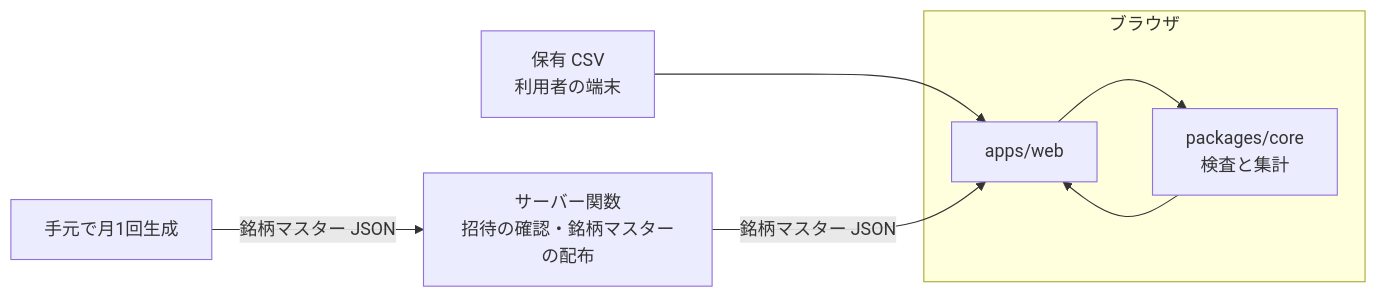
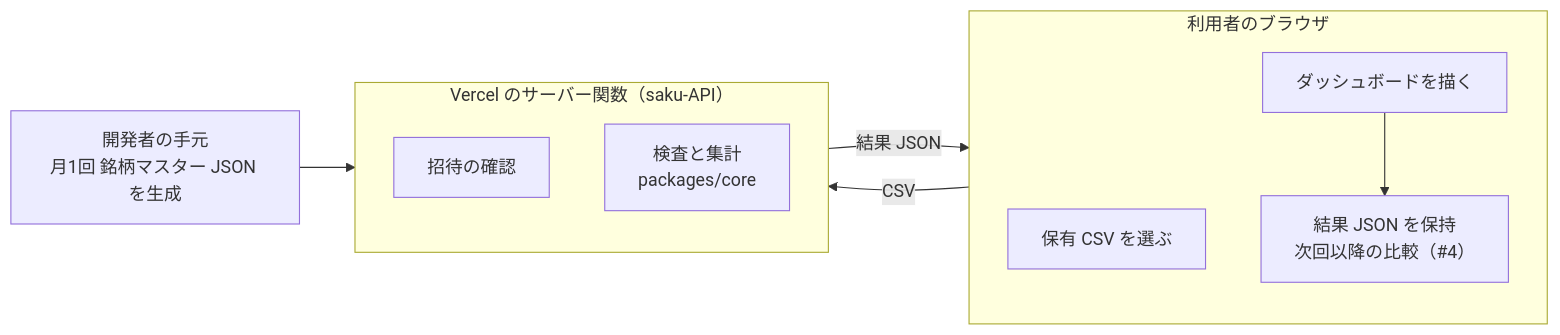
Before and after one commit to gunji-m/sakuforge: the diagram in docs/design.md, drawn with Mermaid. The commit also changed other lines of this file and 1 other file, not shown here.

First line of the commit message:
docs: 設計と AGENTS.md を CSV をサーバー関数で検査する形に改める

````diff
--- a/docs/design.md
+++ b/docs/design.md
@@ -10,10 +10,19 @@
 ```mermaid
 flowchart LR
-  csv[保有 CSV<br>利用者の端末] --> web
-  subgraph browser[ブラウザ]
-    web[apps/web] --> core[packages/core<br>検査と集計]
-    core --> web
+  subgraph browser["利用者のブラウザ"]
+    direction TB
+    pick["保有 CSV を選ぶ"]
+    view["ダッシュボードを描く"]
+    keep["結果 JSON を保持<br/>次回以降の比較（#4）"]
   end
-  fn[サーバー関数<br>招待の確認・銘柄マスターの配布] -- 銘柄マスター JSON --> web
-  local[手元で月1回生成] -- 銘柄マスター JSON --> fn
+  subgraph vercel["Vercel のサーバー関数（saku-API）"]
+    direction TB
+    inv["招待の確認"]
+    core["検査と集計<br/>packages/core"]
+  end
+  local["開発者の手元<br/>月1回 銘柄マスター JSON を生成"]
+  pick -- CSV --> core
+  core -- 結果 JSON --> view
+  view --> keep
+  local --> core
 ```
````
